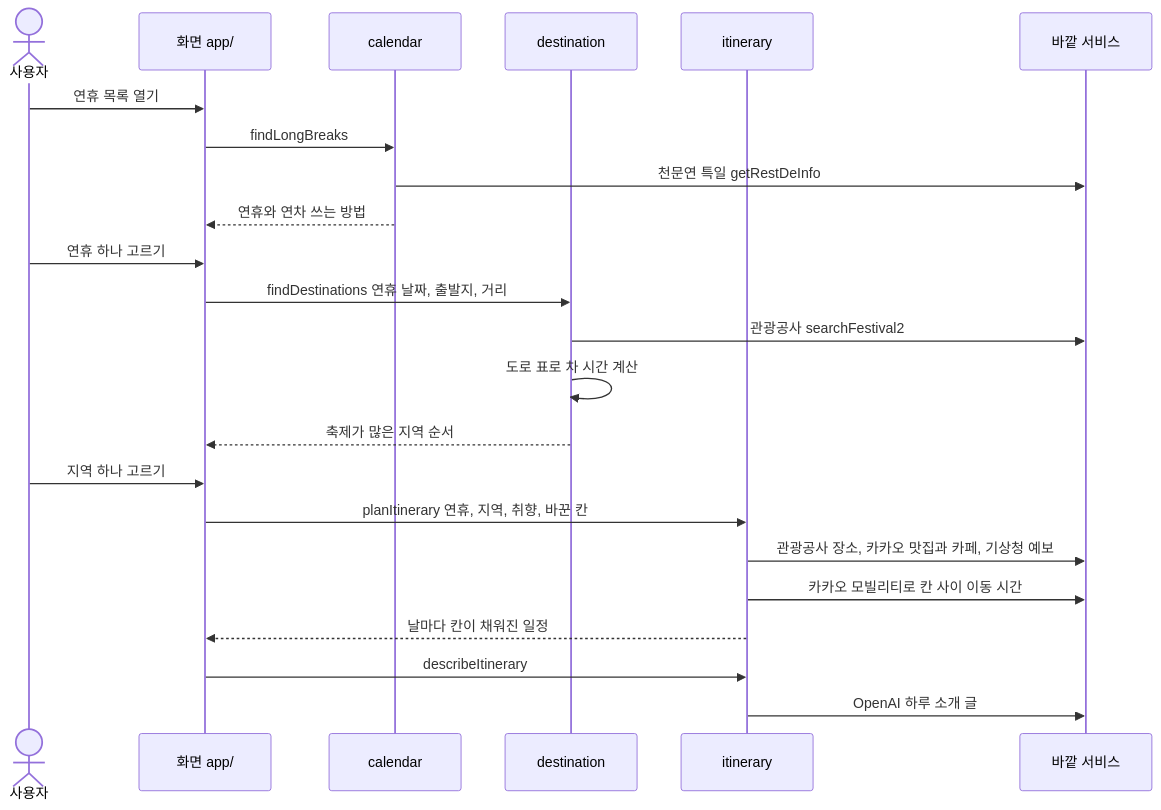
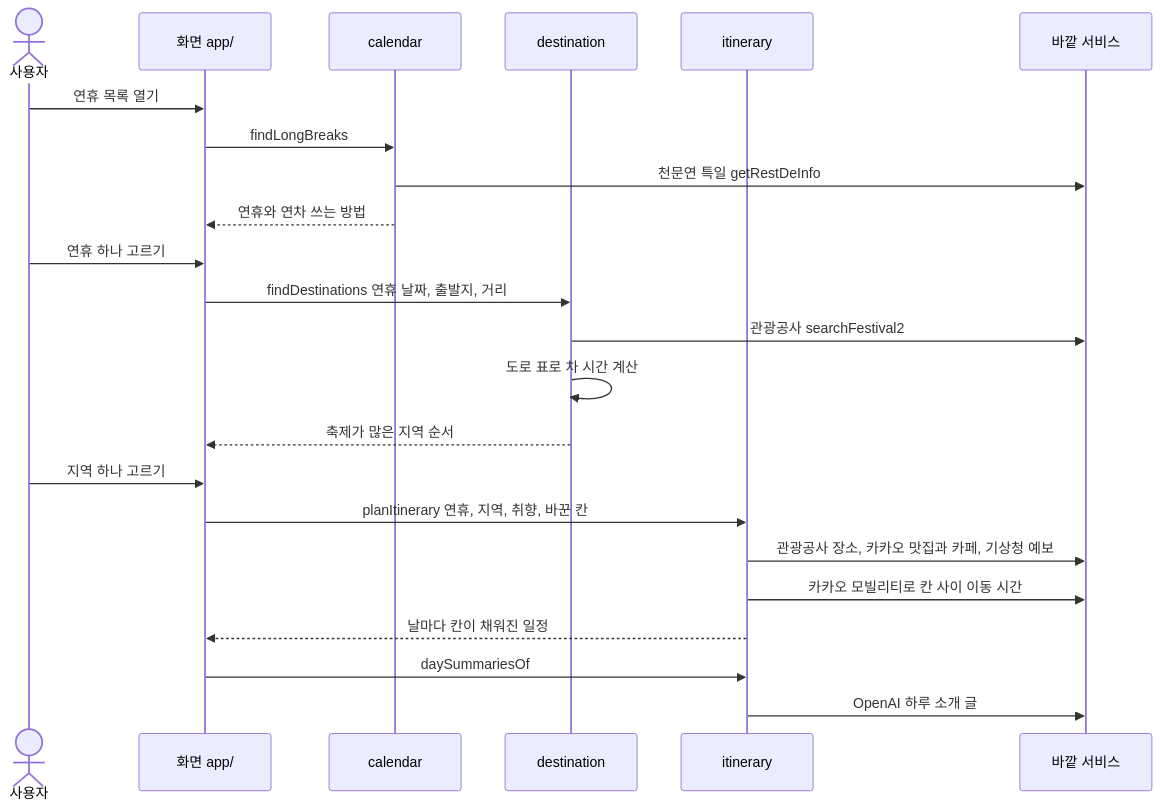
Before and after one commit to pve123/noeppaego: the third of 7 diagrams in docs/ARCHITECTURE.md, drawn with Mermaid. The commit also changed other lines of this file and 15 other files, not shown here.

````diff
--- a/docs/ARCHITECTURE.md
+++ b/docs/ARCHITECTURE.md
@@ -76,28 +76,28 @@
 ```mermaid
 sequenceDiagram
   actor U as 사용자
   participant A as 화면 app/
   participant C as calendar
   participant D as destination
   participant I as itinerary
   participant X as 바깥 서비스
 
   U->>A: 연휴 목록 열기
   A->>C: findLongBreaks
   C->>X: 천문연 특일 getRestDeInfo
   C-->>A: 연휴와 연차 쓰는 방법
 
   U->>A: 연휴 하나 고르기
   A->>D: findDestinations 연휴 날짜, 출발지, 거리
   D->>X: 관광공사 searchFestival2
   D->>D: 도로 표로 차 시간 계산
   D-->>A: 축제가 많은 지역 순서
 
   U->>A: 지역 하나 고르기
   A->>I: planItinerary 연휴, 지역, 취향, 바꾼 칸
   I->>X: 관광공사 장소, 카카오 맛집과 카페, 기상청 예보
   I->>X: 카카오 모빌리티로 칸 사이 이동 시간
   I-->>A: 날마다 칸이 채워진 일정
-  A->>I: describeItinerary
+  A->>I: daySummariesOf
   I->>X: OpenAI 하루 소개 글
 ```
````
